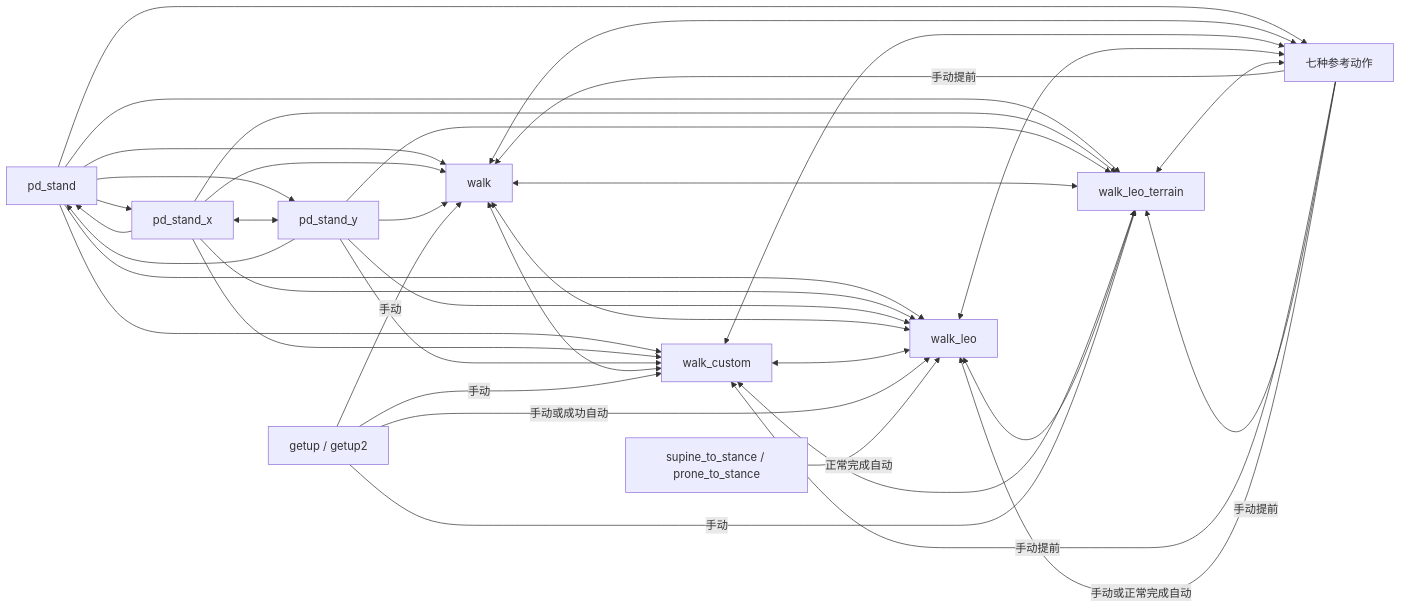
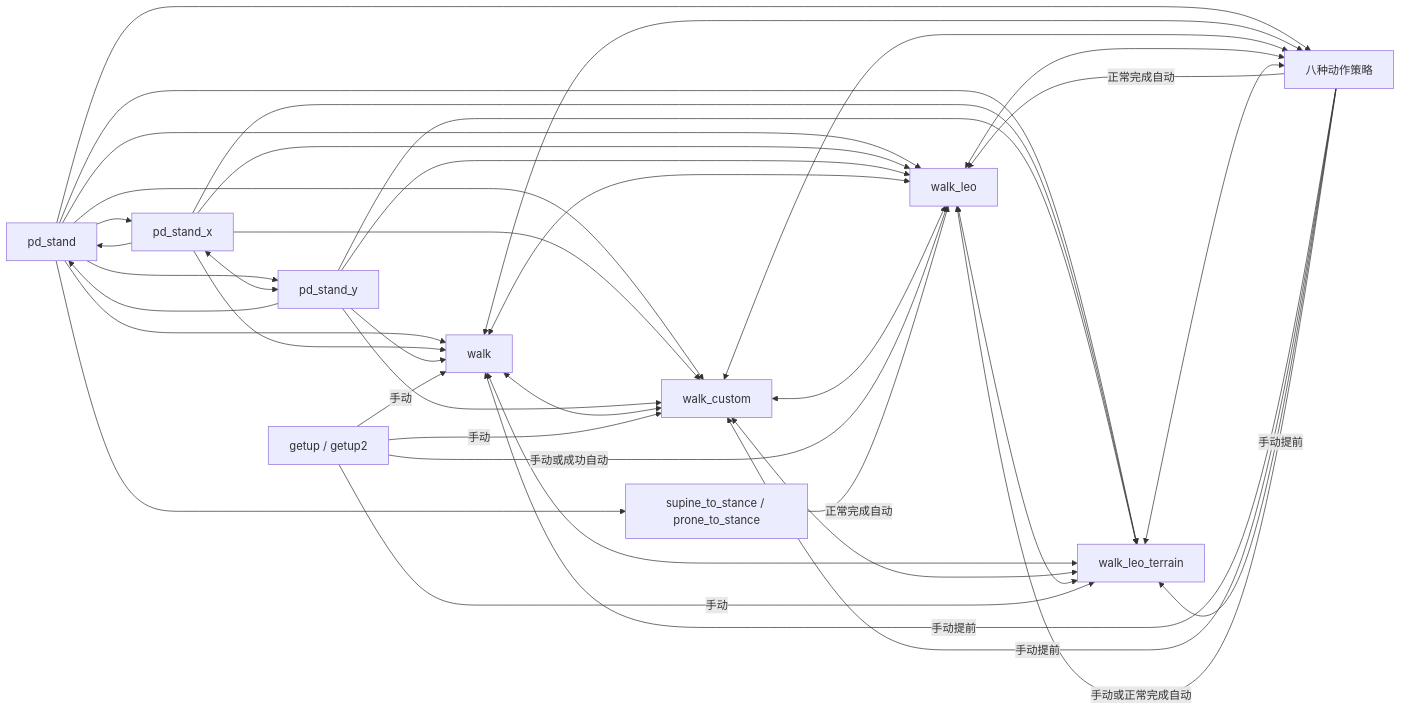
One commit to weishuai-oos/engineai_robotics_native_sdk changed the diagram in docs/t800_motion_transition.md. Above: the diagram before and after it, drawn with Mermaid. The commit also changed other lines of this file and 45 other files, not shown here.

````diff
--- a/docs/t800_motion_transition.md
+++ b/docs/t800_motion_transition.md
@@ -46,54 +50,56 @@
 ```mermaid
 flowchart LR
   PD[pd_stand]
   W1[walk]
   W2[walk_custom]
   W3[walk_leo]
   W4[walk_leo_terrain]
   PX[pd_stand_x]
   PY[pd_stand_y]
-  A[七种参考动作]
+  A[八种动作策略]
+  S[supine_to_stance / prone_to_stance]
   G[getup / getup2]
-  S[supine_to_stance / prone_to_stance]
 
   PD --> W1
   PD --> W2
   PD --> W3
   PD --> W4
   PD --> A
+  PD --> S
   PD --> PX
   PD --> PY
 
   PX <--> PY
   PX --> PD
   PY --> PD
   PX --> W1
   PX --> W2
   PX --> W3
   PX --> W4
   PY --> W1
   PY --> W2
   PY --> W3
   PY --> W4
 
   W1 <--> W2
   W1 <--> W3
   W1 <--> W4
   W2 <--> W3
   W2 <--> W4
   W3 <--> W4
   W1 <--> A
   W2 <--> A
   W3 <--> A
   W4 <--> A
 
   G -->|手动| W1
   G -->|手动| W2
   G -->|手动| W4
   G -->|手动或成功自动| W3
+  A -->|正常完成自动| W3
   S -->|正常完成自动| W3
   A -->|手动提前| W1
   A -->|手动提前| W2
   A -->|手动提前| W4
   A -->|手动或正常完成自动| W3
 ```
````
